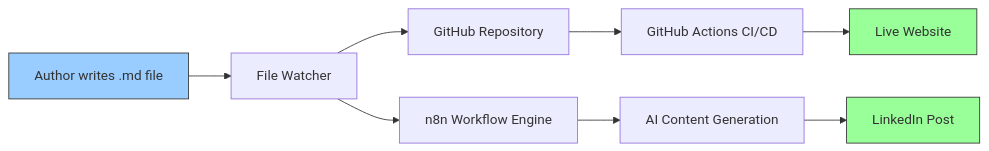
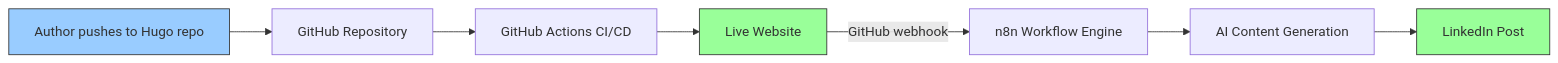
Before and after one commit to thatsmeadarsh/n8n-powered-auto-web-publish: the first of 8 diagrams in docs/architecture.md, drawn with Mermaid. The commit also changed other lines of this file and 7 other files, not shown here.

First line of the commit message:
Replace fswatch watcher with GitHub webhook trigger in n8n

````diff
--- a/docs/architecture.md
+++ b/docs/architecture.md
@@ -11,14 +11,13 @@
 ```mermaid
 graph LR
-    A["Author writes .md file"] --> B["File Watcher"]
-    B --> C["GitHub Repository"]
-    B --> D["n8n Workflow Engine"]
+    A["Author pushes to Hugo repo"] --> C["GitHub Repository"]
     C --> E["GitHub Actions CI/CD"]
     E --> F["Live Website"]
+    F -->|"GitHub webhook"| D["n8n Workflow Engine"]
     D --> G["AI Content Generation"]
     G --> H["LinkedIn Post"]
 
     style A fill:#99ccff,stroke:#333
     style F fill:#99ff99,stroke:#333
     style H fill:#99ff99,stroke:#333
 ```
````
